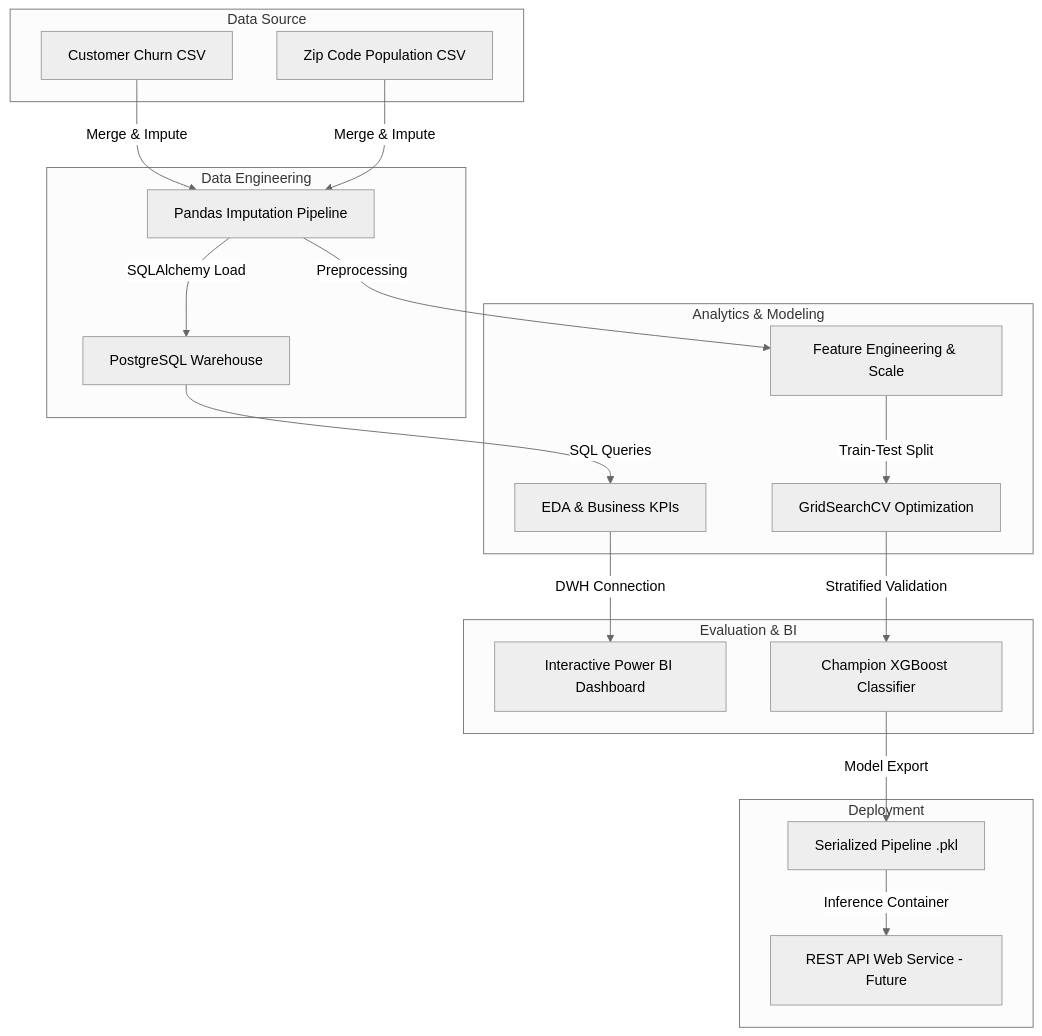
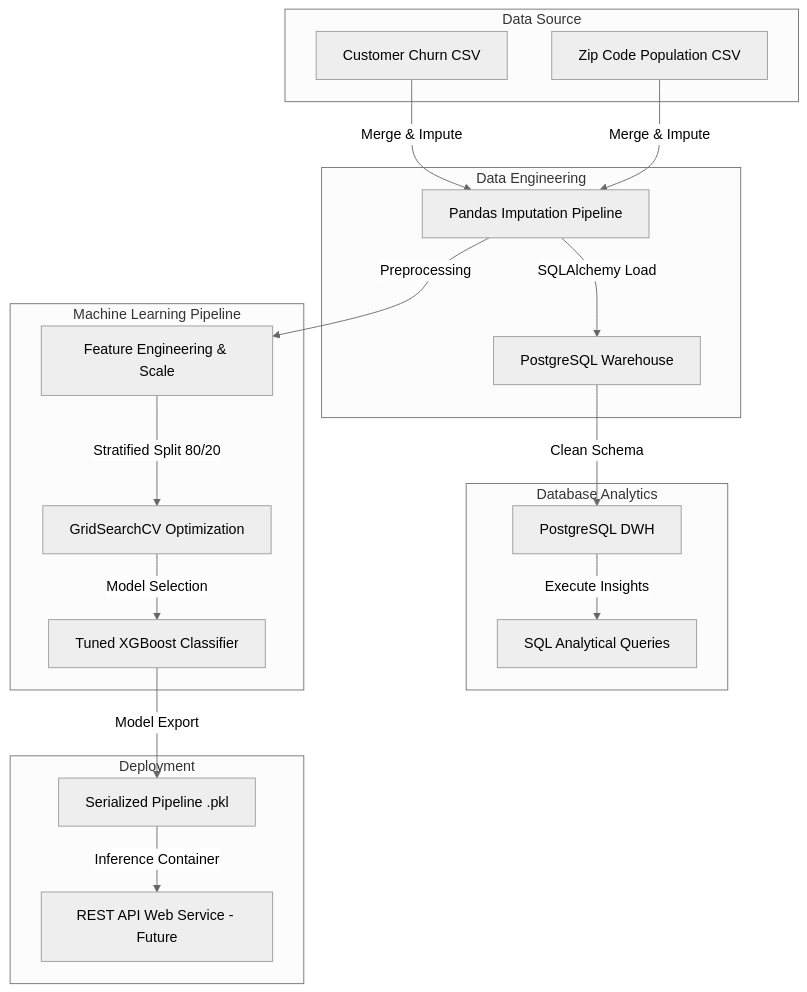
One commit to Swayam-Solanki/Telecom-Customer-Retention-Analytics changed the first of 2 diagrams in README.md. Above: the diagram before and after it, drawn with Mermaid (neutral theme). The commit also changed other lines of this file, not shown here.

Commit message:
docs: correct README.md (remove SciPy, Power BI, SHAP, Model v2; amplify SQL analytics insights)

````diff
--- a/README.md
+++ b/README.md
@@ -29,37 +29,37 @@
 ```mermaid
 flowchart TD
     subgraph Data Source
         A1[Customer Churn CSV]
         A2[Zip Code Population CSV]
     end
 
     subgraph Data Engineering
         B1[Pandas Imputation Pipeline]
         B2[PostgreSQL Warehouse]
         A1 & A2 -->|Merge & Impute| B1
         B1 -->|SQLAlchemy Load| B2
     end
 
-    subgraph Analytics & Modeling
-        C1[EDA & Business KPIs]
-        C2[Feature Engineering & Scale]
-        C3[GridSearchCV Optimization]
-        B2 -->|SQL Queries| C1
-        B1 -->|Preprocessing| C2
-        C2 -->|Train-Test Split| C3
+    subgraph Database Analytics
+        C1[PostgreSQL DWH]
+        C2[SQL Analytical Queries]
+        B2 -->|Clean Schema| C1
+        C1 -->|Execute Insights| C2
     end
 
-    subgraph Evaluation & BI
-        D1[Interactive Power BI Dashboard]
-        D2[Champion XGBoost Classifier]
-        C1 -->|DWH Connection| D1
-        C3 -->|Stratified Validation| D2
+    subgraph Machine Learning Pipeline
+        D1[Feature Engineering & Scale]
+        D2[GridSearchCV Optimization]
+        D3[Tuned XGBoost Classifier]
+        B1 -->|Preprocessing| D1
+        D1 -->|Stratified Split 80/20| D2
+        D2 -->|Model Selection| D3
     end
 
     subgraph Deployment
         E1[Serialized Pipeline .pkl]
         E2[REST API Web Service - Future]
-        D2 -->|Model Export| E1
+        D3 -->|Model Export| E1
         E1 -->|Inference Container| E2
     end
 ```
````
